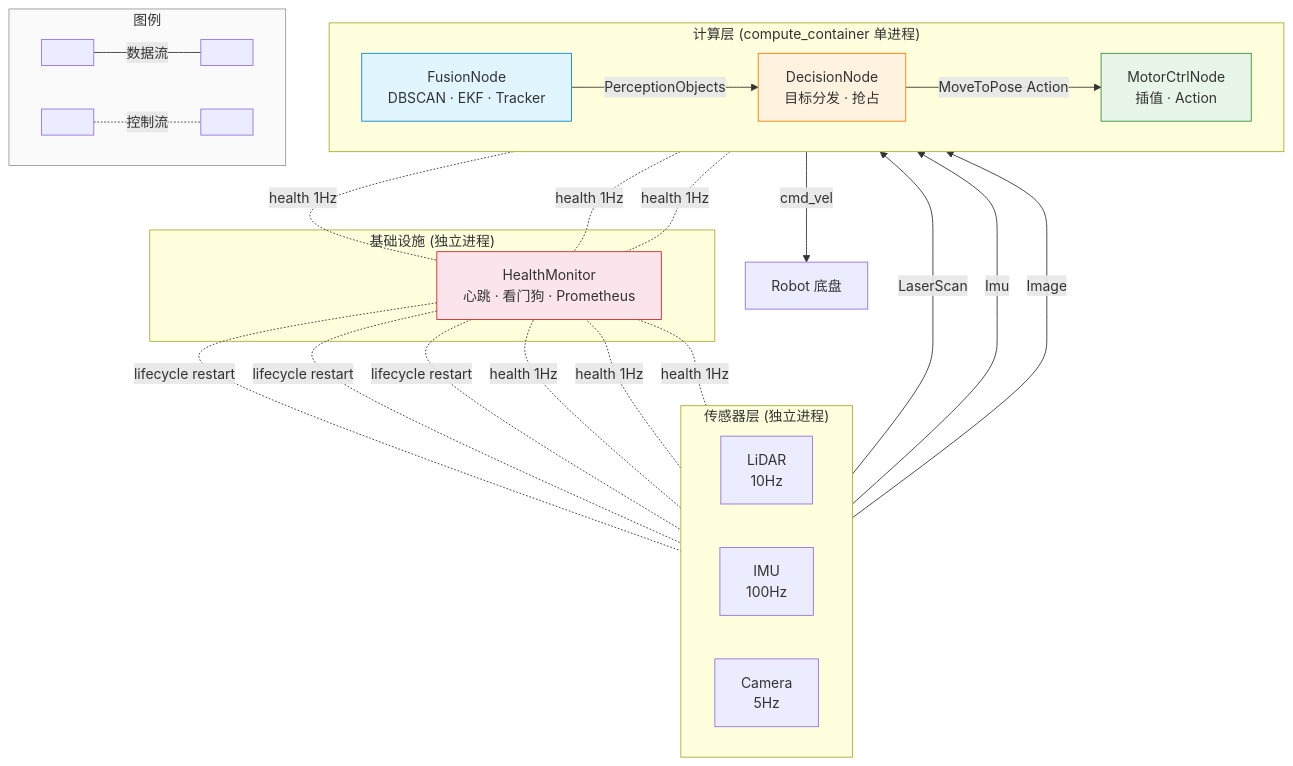
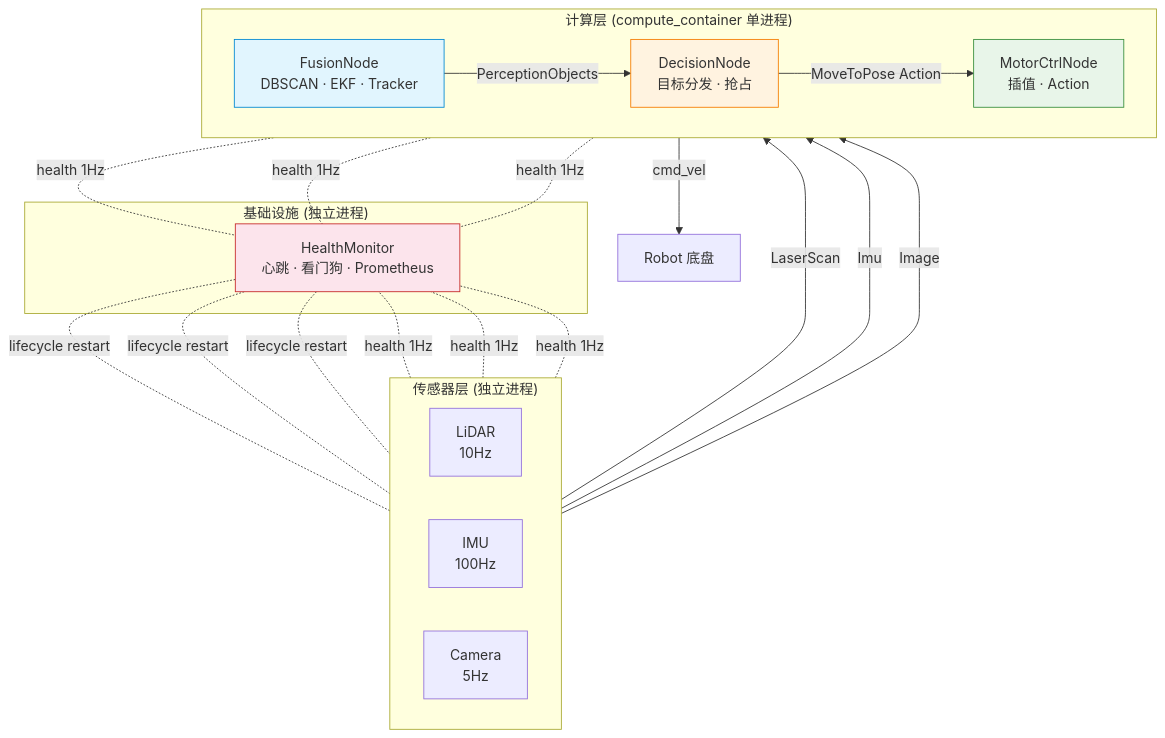
One commit to guang-lee-cn/ros2_robot_middleware changed the second of 5 diagrams in doc/ARCHITECTURE.md. Above: the diagram before and after it, drawn with Mermaid.

Commit message:
fix(docs): remove inline mermaid legend — parse error with --- links

````diff
--- a/doc/ARCHITECTURE.md
+++ b/doc/ARCHITECTURE.md
@@ -91,50 +91,43 @@
 ```mermaid
 flowchart TB
     subgraph sensors["&nbsp;&nbsp;&nbsp;&nbsp; 传感器层 (独立进程) &nbsp;&nbsp;&nbsp;&nbsp;"]
         direction LR
         L["LiDAR<br/>10Hz"]
         I["IMU<br/>100Hz"]
         C["Camera<br/>5Hz"]
     end
 
     subgraph compute["&nbsp;&nbsp;&nbsp;&nbsp; 计算层 (compute_container 单进程) &nbsp;&nbsp;&nbsp;&nbsp;"]
         direction LR
         FUSION["FusionNode<br/>DBSCAN · EKF · Tracker"]
         DECISION["DecisionNode<br/>目标分发 · 抢占"]
         MOTOR["MotorCtrlNode<br/>插值 · Action"]
     end
 
     subgraph infra["&nbsp;&nbsp;&nbsp;&nbsp; 基础设施 (独立进程) &nbsp;&nbsp;&nbsp;&nbsp;"]
         HEALTH["HealthMonitor<br/>心跳 · 看门狗 · Prometheus"]
-    end
-
-    subgraph legend["&nbsp;&nbsp;&nbsp;&nbsp; 图例 &nbsp;&nbsp;&nbsp;&nbsp;"]
-        direction LR
-        L1[" "] ---|"数据流"| L2[" "]
-        L3[" "] -.-|"控制流"| L4[" "]
     end
 
     L -->|"LaserScan"| FUSION
     I -->|"Imu"| FUSION
     C -->|"Image"| FUSION
     FUSION -->|"PerceptionObjects"| DECISION
     DECISION -->|"MoveToPose Action"| MOTOR
     MOTOR -->|"cmd_vel"| ROBOT["Robot 底盘"]
 
     L -.-|"health 1Hz"| HEALTH
     I -.-|"health 1Hz"| HEALTH
     C -.-|"health 1Hz"| HEALTH
     FUSION -.-|"health 1Hz"| HEALTH
     DECISION -.-|"health 1Hz"| HEALTH
     MOTOR -.-|"health 1Hz"| HEALTH
 
     HEALTH -.-|"lifecycle restart"| L
     HEALTH -.-|"lifecycle restart"| I
     HEALTH -.-|"lifecycle restart"| C
 
     style FUSION fill:#e1f5fe,stroke:#0288d1
     style DECISION fill:#fff3e0,stroke:#f57c00
     style MOTOR fill:#e8f5e9,stroke:#388e3c
     style HEALTH fill:#fce4ec,stroke:#c62828
-    style legend fill:#fafafa,stroke:#999
 ```
````
